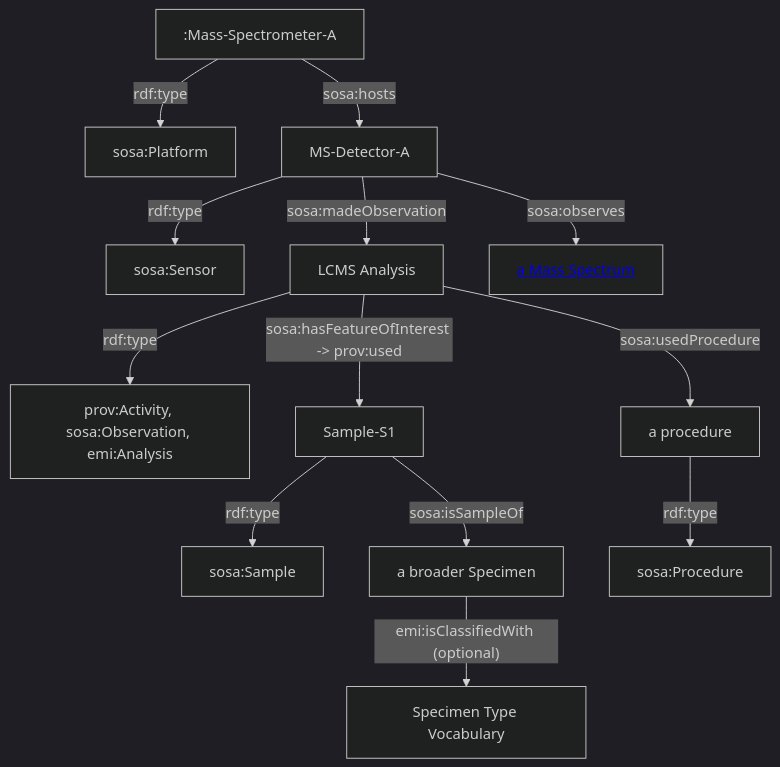
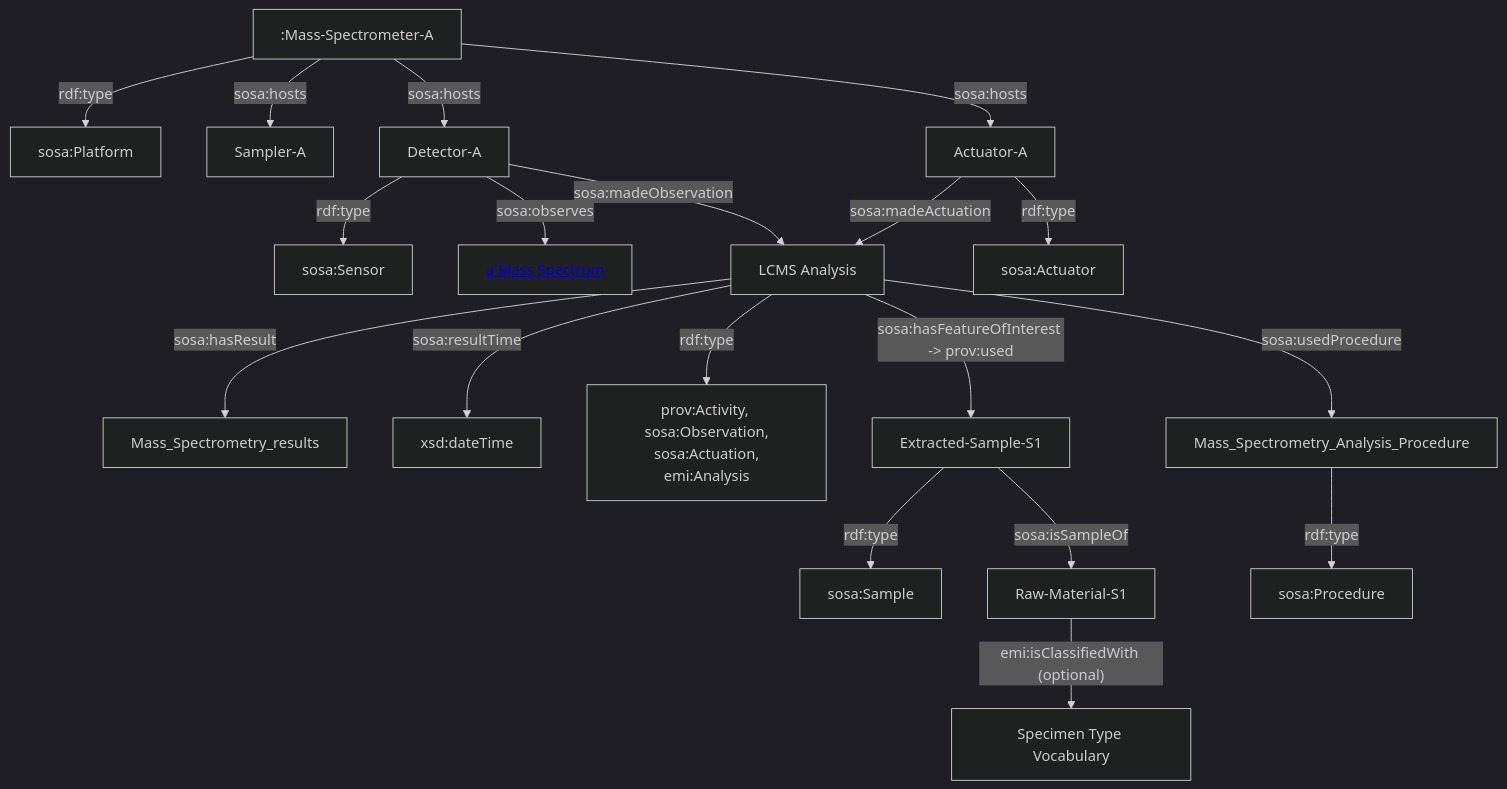
The first of 8 diagrams in README.md (digital-botanical-gardens-initiative/earth_metabolome_ontology), drawn with Mermaid (dark theme) before and after one commit. The commit also changed other lines of this file, not shown here.

Commit message:
update sensor, add actuator

````diff
--- a/README.md
+++ b/README.md
@@ -30,17 +31,21 @@
 ```mermaid
 graph TD
-		d[":Mass-Spectrometer-A"]-->|rdf:type|sosa:Platform
-		d-->|sosa:hosts|d2["MS-Detector-A"]
-		d2-->|rdf:type|sosa:Sensor
-		d2-->|sosa:madeObservation|oo["LCMS Analysis"]
-        d2-->|sosa:observes|pp["<a href='http://purl.obolibrary.org/obo/CHMO_0000806'>a Mass Spectrum</a>"]
-        oo-->|rdf:type|a["prov:Activity, sosa:Observation, emi:Analysis"]
-        oo-->|"sosa:hasFeatureOfInterest -> prov:used"|s["Sample-S1"]
+	d[":Mass-Spectrometer-A"]-->|rdf:type|sosa:Platform
+	d-->|sosa:hosts|samp["Sampler-A"]
+	d-->|sosa:hosts|d2["Detector-A"]
+	d2-->|rdf:type|sosa:Sensor
+	d2-->|sosa:observes|pp["<a href='http://purl.obolibrary.org/obo/CHMO_0000806'>a Mass Spectrum</a>"]
+	d2-->|sosa:madeObservation|oo["LCMS Analysis"]  
+	d-->|sosa:hosts|act["Actuator-A"]
+	act-->|rdf:type|sosa:Actuator
+	act-->|sosa:madeActuation|oo["LCMS Analysis"]
+	oo-->|sosa:hasResult|res["Mass_Spectrometry_results"]
+	oo-->|sosa:resultTime|xsd:dateTime
+        oo-->|rdf:type|a["prov:Activity, sosa:Observation,<br/> sosa:Actuation, emi:Analysis"]
+        oo-->|"sosa:hasFeatureOfInterest -> prov:used"|s["Extracted-Sample-S1"]
         s-->|rdf:type|sosa:Sample
-        s-->|sosa:isSampleOf|t["a broader Specimen"]
+        s-->|sosa:isSampleOf|t["Raw-Material-S1"]
         t-->|"emi:isClassifiedWith (optional)"|w2["Specimen Type Vocabulary"]
-        oo-->|sosa:usedProcedure|proc["a procedure"]
+        oo-->|sosa:usedProcedure|proc["Mass_Spectrometry_Analysis_Procedure"]
         proc-->|rdf:type|sosa:Procedure
-        
-
 ```
````
